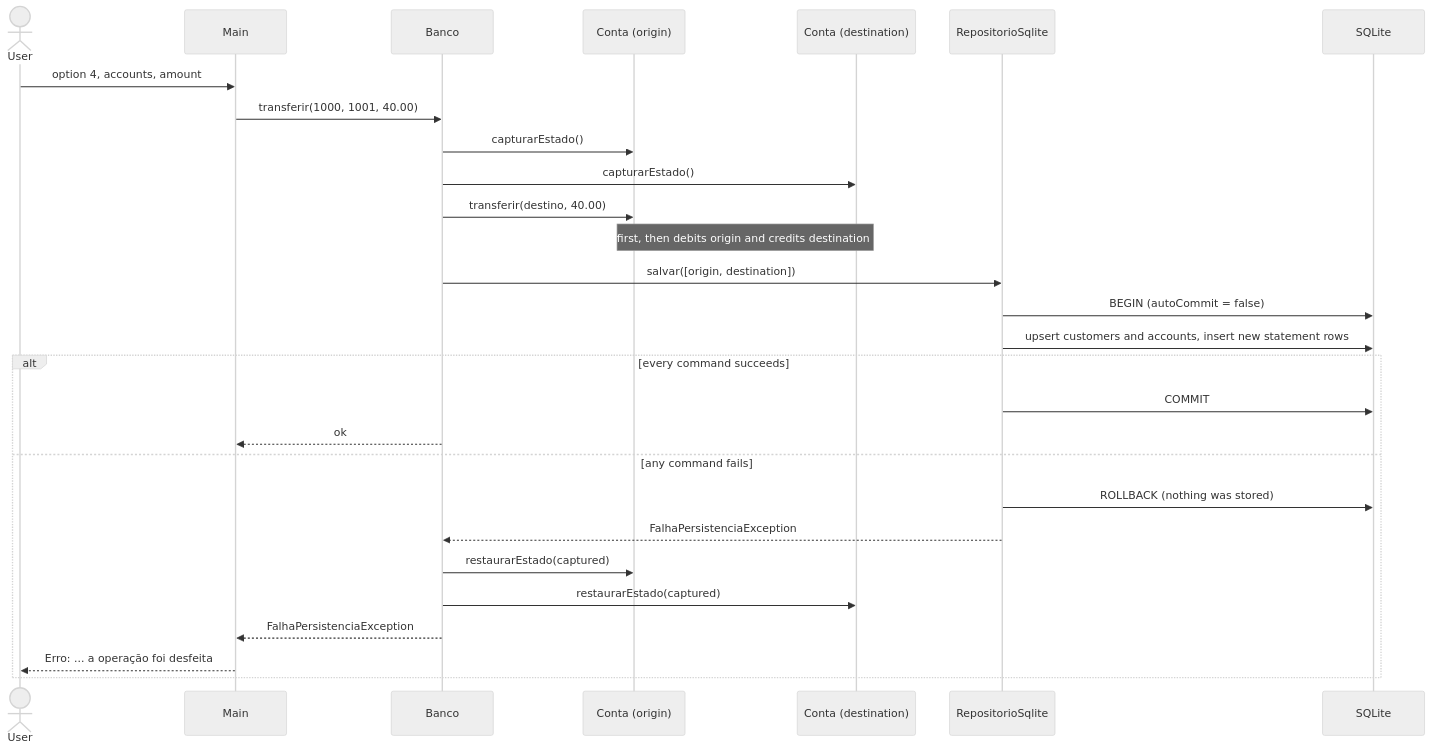
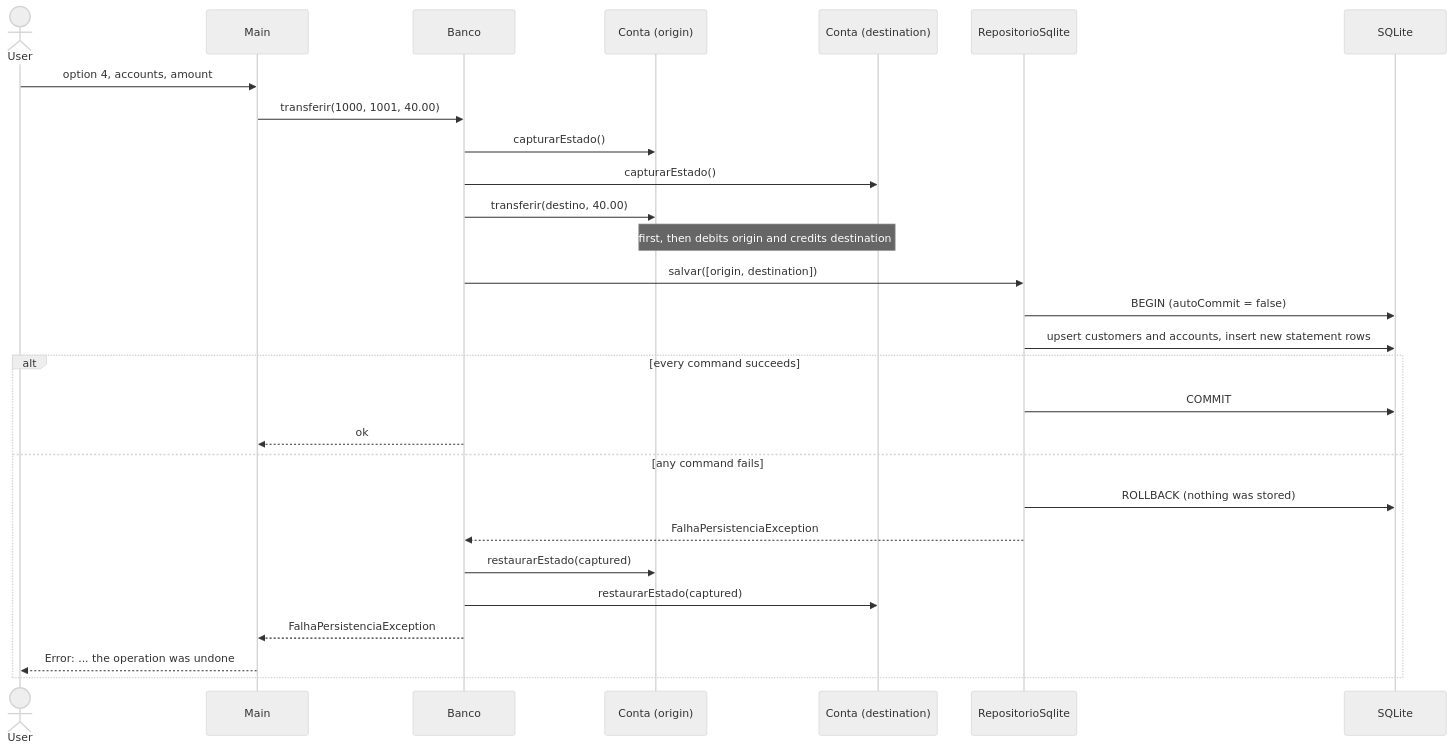
The third of 3 diagrams in docs/ARCHITECTURE.md (Amandadamata/sistema-bancario-java), drawn with Mermaid (neutral theme) before and after one commit. The commit also changed 45 other files, not shown here.

````diff
--- a/docs/ARCHITECTURE.md
+++ b/docs/ARCHITECTURE.md
@@ -137,31 +137,31 @@
 ```mermaid
 sequenceDiagram
     actor User
     participant Main
     participant Banco
     participant Origem as Conta (origin)
     participant Destino as Conta (destination)
     participant Repo as RepositorioSqlite
     participant DB as SQLite
 
     User->>Main: option 4, accounts, amount
     Main->>Banco: transferir(1000, 1001, 40.00)
     Banco->>Origem: capturarEstado()
     Banco->>Destino: capturarEstado()
     Banco->>Origem: transferir(destino, 40.00)
     Note over Origem,Destino: validates first, then debits origin and credits destination (memory)
     Banco->>Repo: salvar([origin, destination])
     Repo->>DB: BEGIN (autoCommit = false)
     Repo->>DB: upsert customers and accounts, insert new statement rows
     alt every command succeeds
         Repo->>DB: COMMIT
         Banco-->>Main: ok
     else any command fails
         Repo->>DB: ROLLBACK (nothing was stored)
         Repo-->>Banco: FalhaPersistenciaException
         Banco->>Origem: restaurarEstado(captured)
         Banco->>Destino: restaurarEstado(captured)
         Banco-->>Main: FalhaPersistenciaException
-        Main-->>User: Erro: ... a operação foi desfeita
+        Main-->>User: Error: ... the operation was undone
     end
 ```
````
